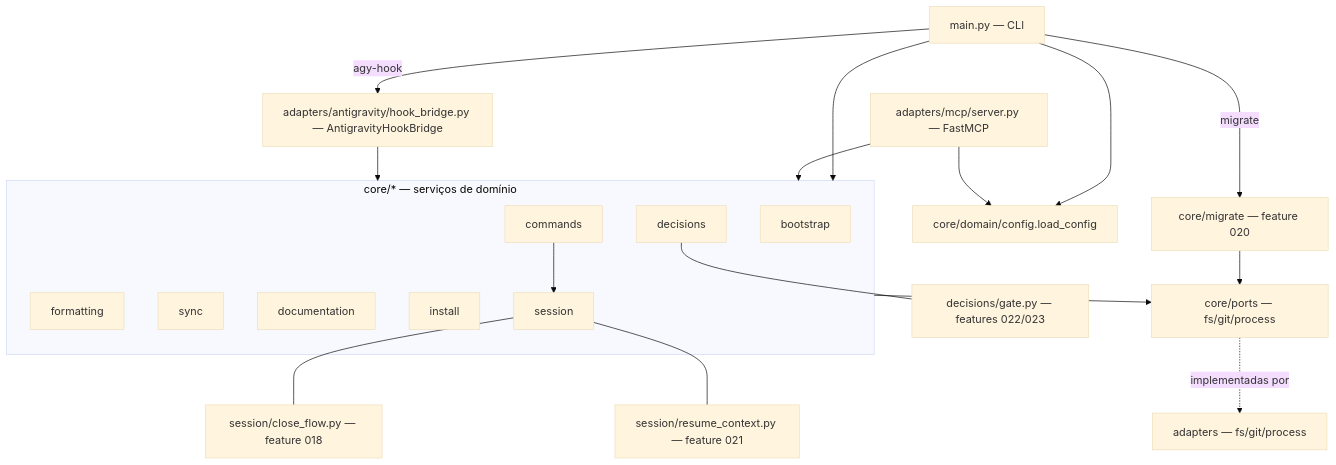
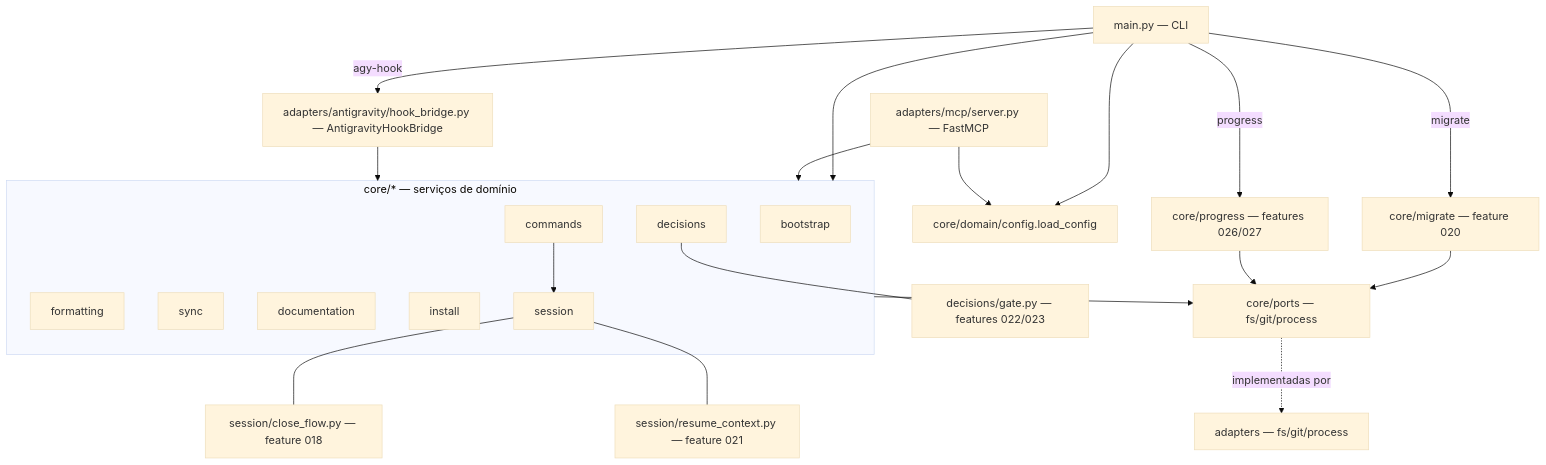
The diagram in _reversa_sdd/code-analysis.md (iago-leal/harness-config), drawn with Mermaid (base theme) before and after one commit. The commit also changed other lines of this file and 40 other files, not shown here.

````diff
--- a/_reversa_sdd/code-analysis.md
+++ b/_reversa_sdd/code-analysis.md
@@ -22,27 +23,29 @@
 ```mermaid
 graph TD
     CLI[main.py — CLI] --> Services
     MCP[adapters/mcp/server.py — FastMCP] --> Services
     AGY[adapters/antigravity/hook_bridge.py — AntigravityHookBridge] --> Services
     CLI -- agy-hook --> AGY
     CLI -- migrate --> Migrate[core/migrate — feature 020]
+    CLI -- progress --> Progress[core/progress — features 026/027]
     subgraph Services[core/* — serviços de domínio]
         boot[bootstrap]
         fmt[formatting]
         sync[sync]
         dec[decisions]
         cmd[commands]
         doc[documentation]
         inst[install]
         sess[session]
     end
     sess --- closeflow[session/close_flow.py — feature 018]
     sess --- resumectx[session/resume_context.py — feature 021]
     dec --- gate[decisions/gate.py — features 022/023]
     Services --> Ports[core/ports — fs/git/process]
     Ports -.implementadas por.-> Adapters[adapters — fs/git/process]
     Migrate --> Ports
+    Progress --> Ports
     cmd --> sess
     CLI --> Config[core/domain/config.load_config]
     MCP --> Config
 ```
````
